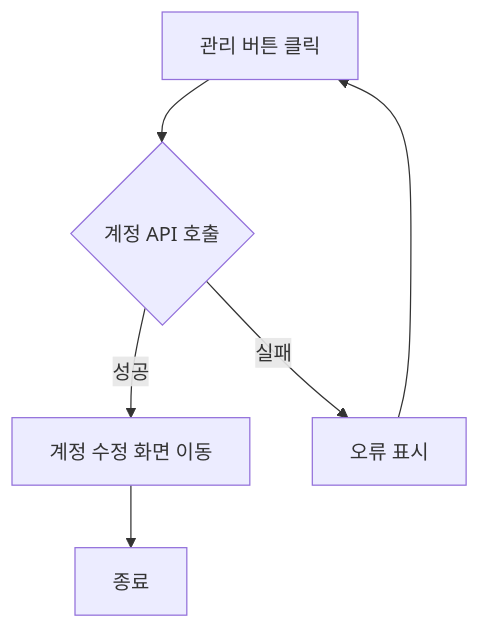
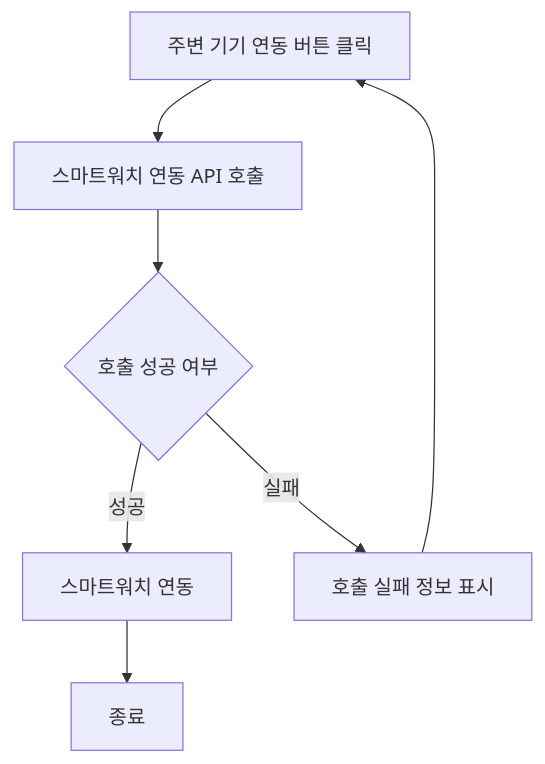
Before and after one commit to Dev-FE-2/3_swim_diary: diagram 38 of 40 in design/기능정의서.md, drawn with Mermaid. The commit also changed other lines of this file and 1 other file, not shown here.

````diff
--- a/design/기능정의서.md
+++ b/design/기능정의서.md
@@ -547,8 +905,9 @@
     ```mermaid
-    flowchart TD
-        A[관리 버튼 클릭] -->  B{계정 API 호출}
-        B -- 성공 -->C[계정 수정 화면 이동]
-        B -- 실패 -->D[오류 표시]
-        D-->A
-        C-->Z[종료]
+        flowchart TD
+        A[주변 기기 연동 버튼 클릭] --> B[스마트워치 연동 API 호출]
+        B --> C{호출 성공 여부}
+        C -- 성공 --> D[스마트워치 연동]
+        C -- 실패 --> E[호출 실패 정보 표시]
+        E --> A
+        D --> Z[종료]
     ```
````
